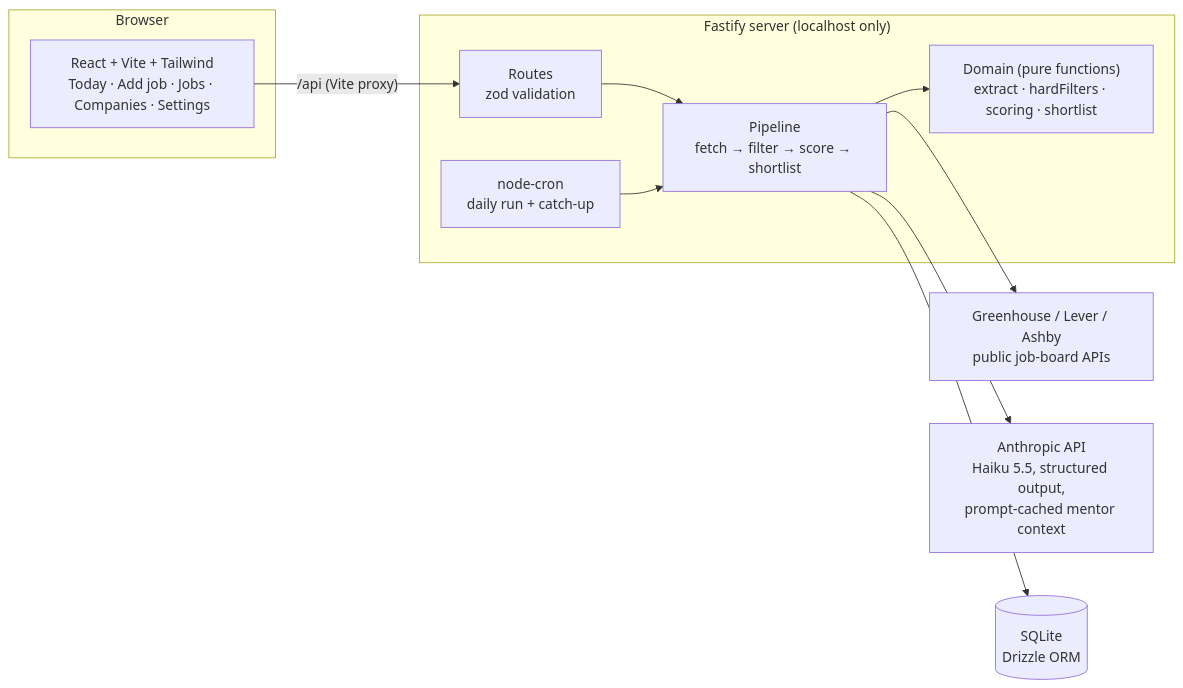
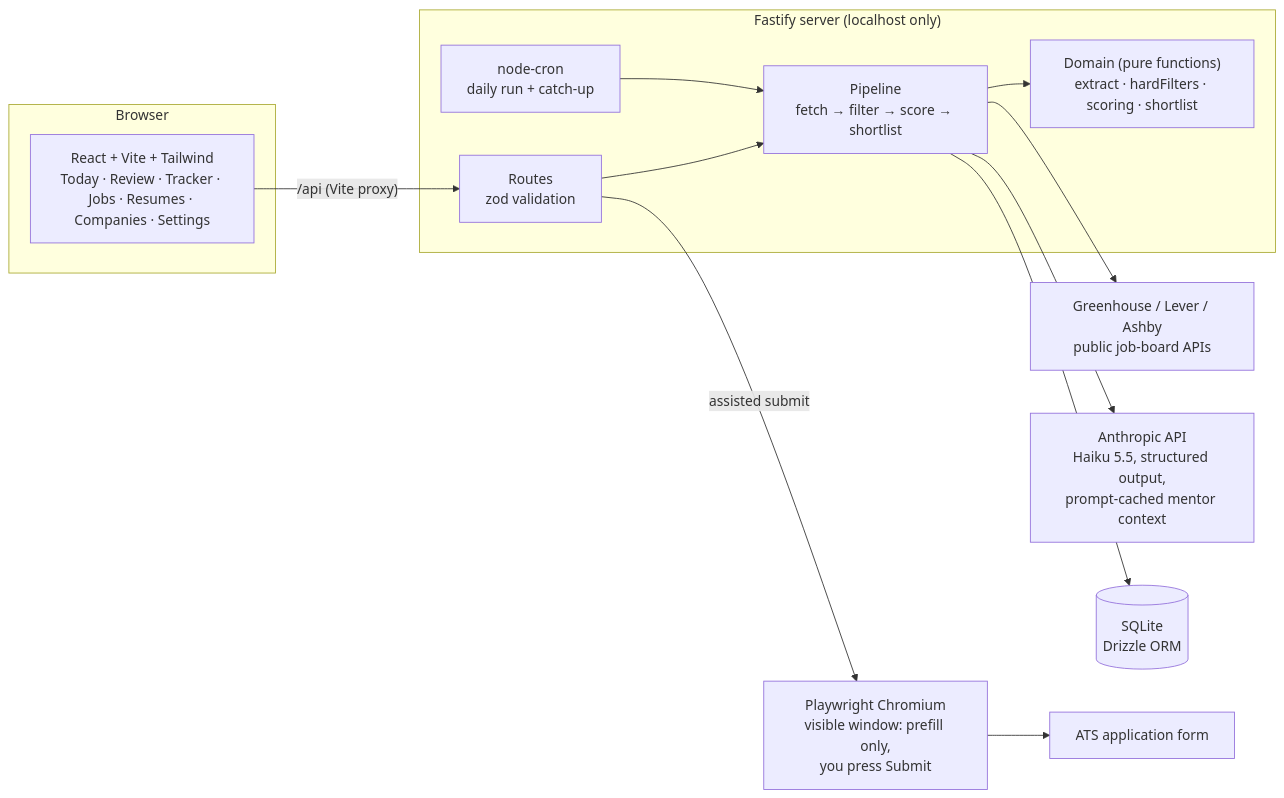
One commit to minahilnkhan/job-search-autopilot changed the diagram in README.md. Above: the diagram before and after it, drawn with Mermaid. The commit also changed other lines of this file and 31 other files, not shown here.

First line of the commit message:
Phase 4: assisted submit, Tracker, follow-ups

````diff
--- a/README.md
+++ b/README.md
@@ -67,20 +82,22 @@
 ```mermaid
 flowchart LR
   subgraph Browser
-    UI["React + Vite + Tailwind<br/>Today · Add job · Jobs · Companies · Settings"]
+    UI["React + Vite + Tailwind<br/>Today · Review · Tracker · Jobs · Resumes · Companies · Settings"]
   end
   subgraph Server["Fastify server (localhost only)"]
     CRON["node-cron<br/>daily run + catch-up"]
     R["Routes<br/>zod validation"]
     P["Pipeline<br/>fetch → filter → score → shortlist"]
     D["Domain (pure functions)<br/>extract · hardFilters · scoring · shortlist"]
   end
   ATS["Greenhouse / Lever / Ashby<br/>public job-board APIs"]
   LLM["Anthropic API<br/>Haiku 5.5, structured output,<br/>prompt-cached mentor context"]
   DB[("SQLite<br/>Drizzle ORM")]
   UI -- "/api (Vite proxy)" --> R --> P --> D
   CRON --> P
   P --> ATS
   P --> LLM
   P --> DB
+  R -- "assisted submit" --> PW["Playwright Chromium<br/>visible window: prefill only,<br/>you press Submit"]
+  PW --> FORM["ATS application form"]
 ```
````
